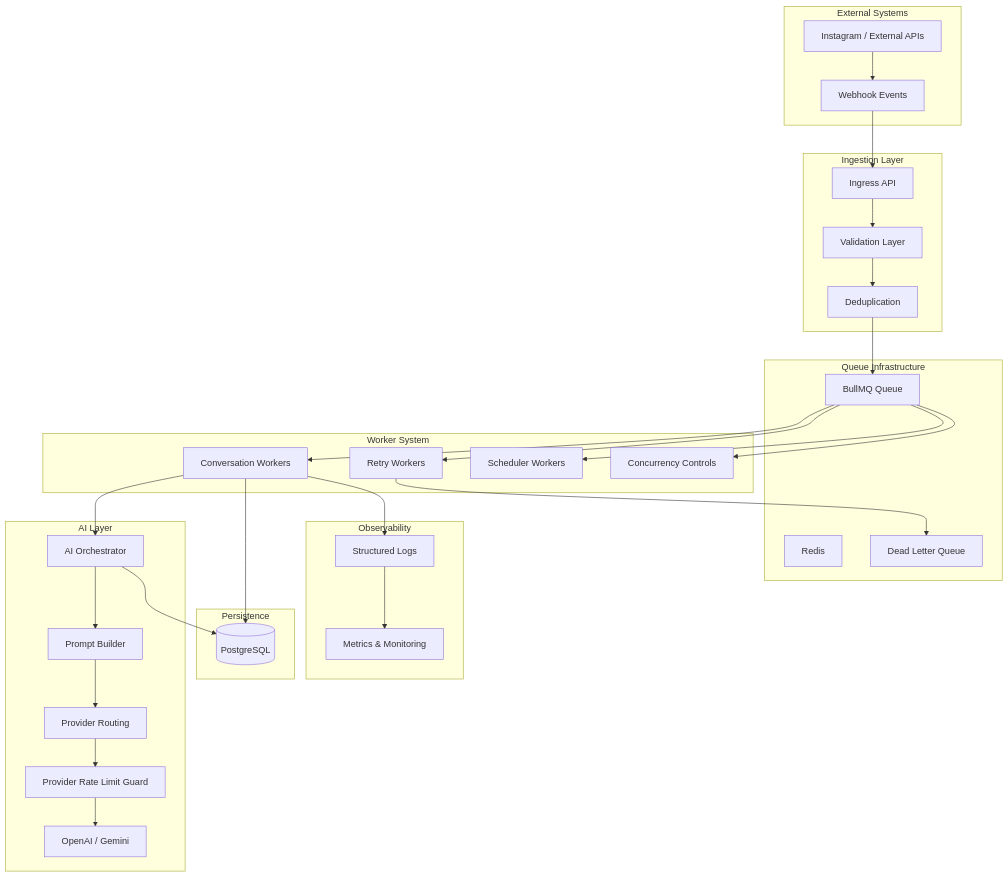
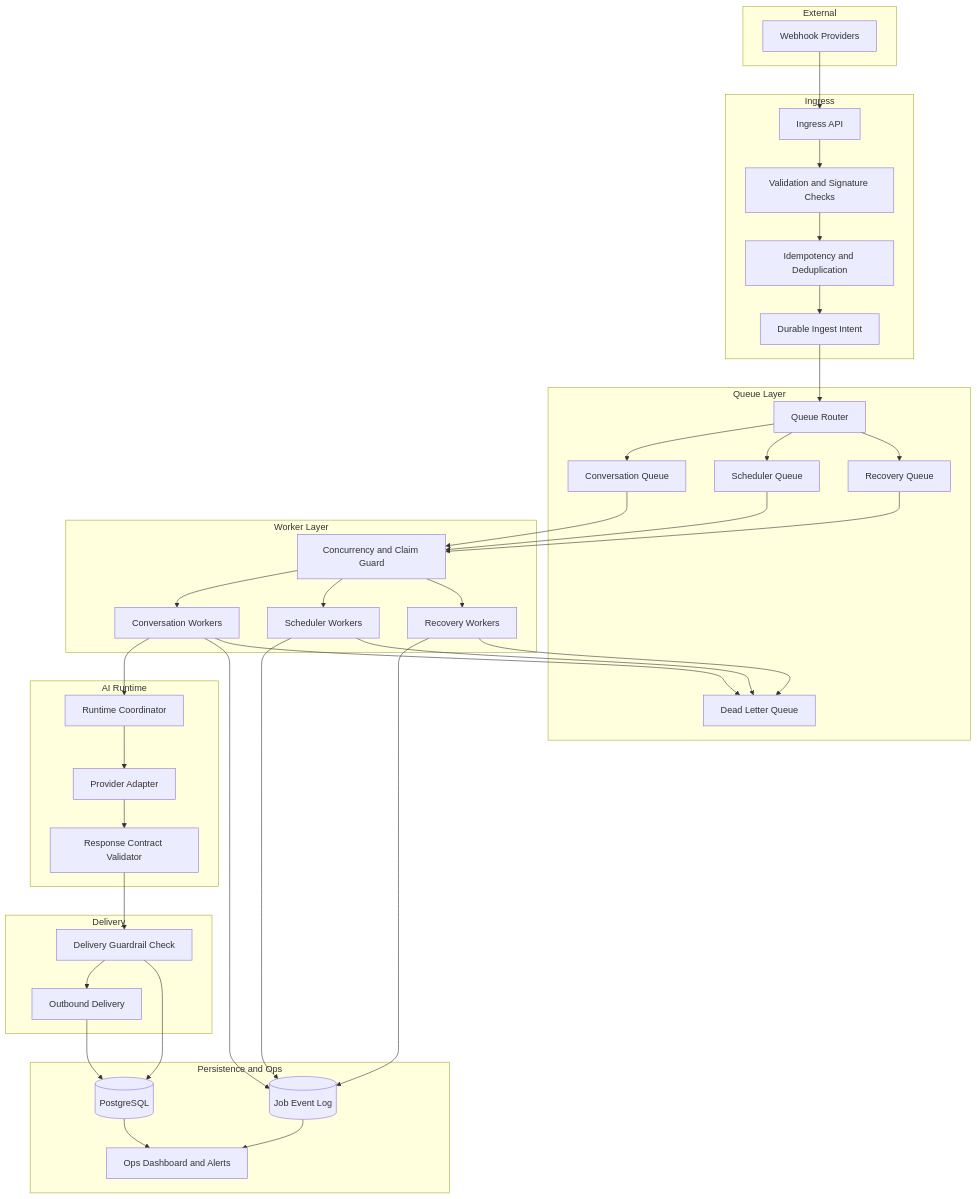
The diagram in diagrams/system-architecture.md (Ahsankhalid618/ai-automation-system-design), drawn with Mermaid before and after one commit. The commit also changed other lines of this file and 15 other files, not shown here.

````diff
--- a/diagrams/system-architecture.md
+++ b/diagrams/system-architecture.md
@@ -3,69 +3,65 @@
 ```mermaid
 flowchart TD
+  subgraph External
+    A[Webhook Providers]
+  end
 
-subgraph External Systems
-A[Instagram / External APIs]
-B[Webhook Events]
-end
+  subgraph Ingress
+    B[Ingress API]
+    C[Validation and Signature Checks]
+    D[Idempotency and Deduplication]
+    E[Durable Ingest Intent]
+  end
 
-subgraph Ingestion Layer
-C[Ingress API]
-D[Validation Layer]
-E[Deduplication]
-end
+  subgraph Queue Layer
+    F[Queue Router]
+    G1[Conversation Queue]
+    G2[Scheduler Queue]
+    G3[Recovery Queue]
+    GX[Dead Letter Queue]
+  end
 
-subgraph Queue Infrastructure
-F[BullMQ Queue]
-G[Redis]
-R[Dead Letter Queue]
-end
+  subgraph Worker Layer
+    H1[Conversation Workers]
+    H2[Scheduler Workers]
+    H3[Recovery Workers]
+    HC[Concurrency and Claim Guard]
+  end
 
-subgraph Worker System
-H[Conversation Workers]
-I[Retry Workers]
-J[Scheduler Workers]
-S[Concurrency Controls]
-end
+  subgraph AI Runtime
+    I[Runtime Coordinator]
+    J[Provider Adapter]
+    K[Response Contract Validator]
+  end
 
-subgraph AI Layer
-K[AI Orchestrator]
-L[Prompt Builder]
-M[Provider Routing]
-N[OpenAI / Gemini]
-T[Provider Rate Limit Guard]
-end
+  subgraph Delivery
+    L[Delivery Guardrail Check]
+    M[Outbound Delivery]
+  end
 
-subgraph Persistence
-O[(PostgreSQL)]
-end
+  subgraph Persistence and Ops
+    N[(PostgreSQL)]
+    O[(Job Event Log)]
+    P[Ops Dashboard and Alerts]
+  end
 
-subgraph Observability
-P[Structured Logs]
-Q[Metrics & Monitoring]
-end
+  A --> B
+  B --> C --> D --> E --> F
+  F --> G1 --> HC --> H1
+  F --> G2 --> HC --> H2
+  F --> G3 --> HC --> H3
 
-A --> B
-B --> C
-C --> D
-D --> E
-E --> F
+  H1 --> I --> J --> K --> L --> M
+  H1 --> O
+  H2 --> O
+  H3 --> O
 
-F --> H
-F --> I
-F --> J
-F --> S
+  L --> N
+  M --> N
+  O --> P
+  N --> P
 
-H --> K
-K --> L
-L --> M
-M --> T
-T --> N
-
-H --> O
-K --> O
-
-H --> P
-P --> Q
-
-I --> R
+  H1 --> GX
+  H2 --> GX
+  H3 --> GX
 ```
````
